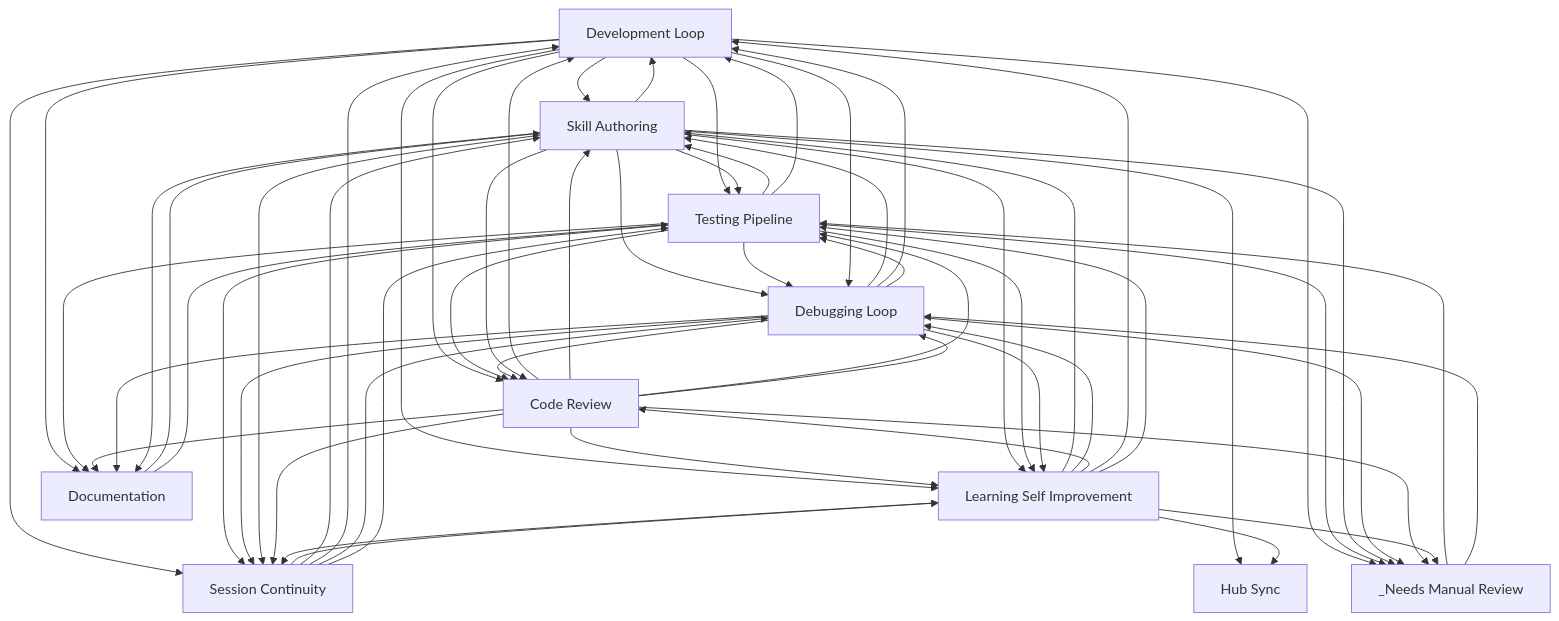
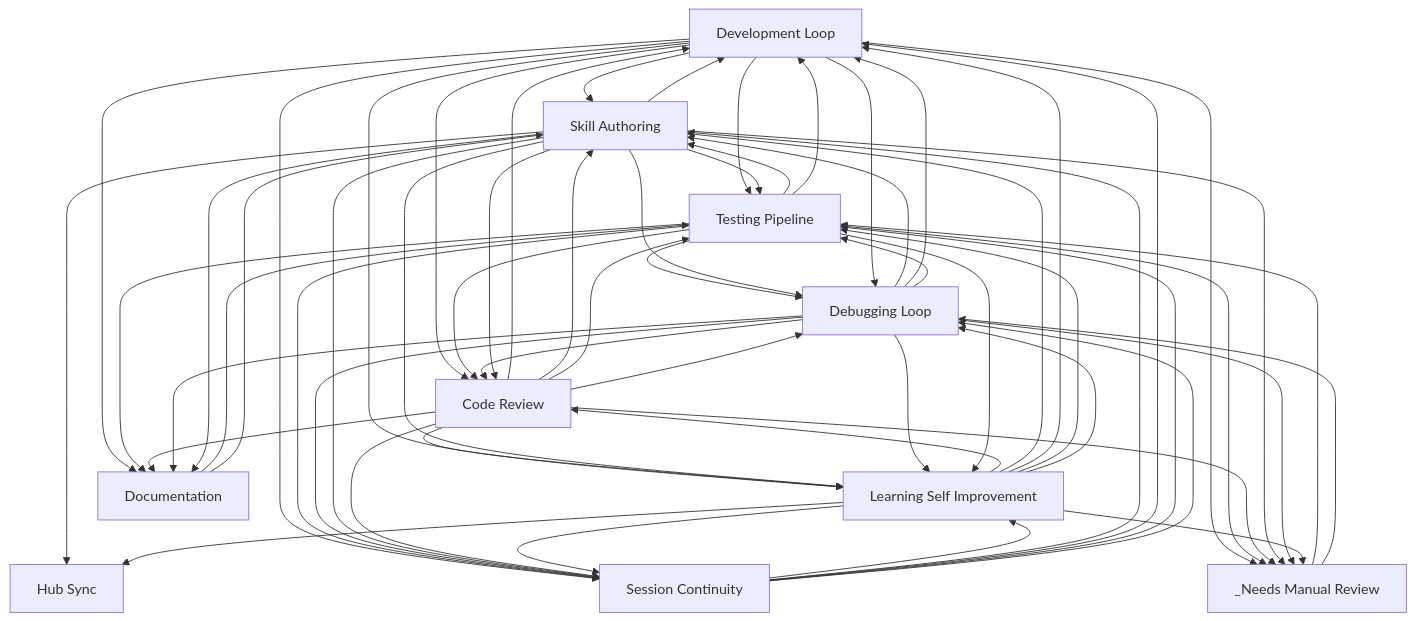
The diagram in docs/workflows/INDEX.md (abhayla/claude-best-practices), drawn with Mermaid before and after one commit. The commit also changed other lines of this file and 12 other files, not shown here.

````diff
--- a/docs/workflows/INDEX.md
+++ b/docs/workflows/INDEX.md
@@ -22,71 +22,71 @@
 ```mermaid
 graph TD
     development_loop[Development Loop]
     testing_pipeline[Testing Pipeline]
     debugging_loop[Debugging Loop]
     learning_self_improvement[Learning Self Improvement]
     session_continuity[Session Continuity]
     skill_authoring[Skill Authoring]
     code_review[Code Review]
     documentation[Documentation]
     hub_sync[Hub Sync]
     _needs_manual_review[_Needs Manual Review]
+    documentation --> testing_pipeline
     documentation --> skill_authoring
-    documentation --> testing_pipeline
     development_loop --> skill_authoring
     development_loop --> code_review
     code_review --> development_loop
     code_review --> skill_authoring
+    development_loop --> learning_self_improvement
     development_loop --> testing_pipeline
-    development_loop --> learning_self_improvement
+    code_review --> learning_self_improvement
     code_review --> testing_pipeline
-    code_review --> learning_self_improvement
+    testing_pipeline --> skill_authoring
     skill_authoring --> testing_pipeline
-    testing_pipeline --> skill_authoring
+    testing_pipeline --> development_loop
+    testing_pipeline --> debugging_loop
     skill_authoring --> development_loop
     skill_authoring --> debugging_loop
-    testing_pipeline --> development_loop
-    testing_pipeline --> debugging_loop
     testing_pipeline --> code_review
+    debugging_loop --> code_review
     debugging_loop --> skill_authoring
-    debugging_loop --> code_review
     debugging_loop --> development_loop
     debugging_loop --> testing_pipeline
     development_loop --> debugging_loop
     skill_authoring --> code_review
     skill_authoring --> learning_self_improvement
     development_loop --> _needs_manual_review
     testing_pipeline --> _needs_manual_review
     development_loop --> documentation
     testing_pipeline --> documentation
     code_review --> documentation
     development_loop --> session_continuity
     session_continuity --> learning_self_improvement
     _needs_manual_review --> testing_pipeline
     testing_pipeline --> session_continuity
     debugging_loop --> session_continuity
     skill_authoring --> session_continuity
     _needs_manual_review --> debugging_loop
+    debugging_loop --> learning_self_improvement
     testing_pipeline --> learning_self_improvement
-    debugging_loop --> learning_self_improvement
+    learning_self_improvement --> code_review
     learning_self_improvement --> skill_authoring
-    learning_self_improvement --> debugging_loop
-    learning_self_improvement --> code_review
     learning_self_improvement --> development_loop
     learning_self_improvement --> testing_pipeline
+    learning_self_improvement --> debugging_loop
     code_review --> debugging_loop
+    code_review --> _needs_manual_review
     skill_authoring --> _needs_manual_review
     debugging_loop --> _needs_manual_review
-    code_review --> _needs_manual_review
     code_review --> session_continuity
     learning_self_improvement --> session_continuity
     session_continuity --> skill_authoring
     debugging_loop --> documentation
     session_continuity --> development_loop
+    session_continuity --> testing_pipeline
     session_continuity --> debugging_loop
-    session_continuity --> testing_pipeline
     skill_authoring --> hub_sync
     learning_self_improvement --> hub_sync
     learning_self_improvement --> _needs_manual_review
     skill_authoring --> documentation
 ```
````
